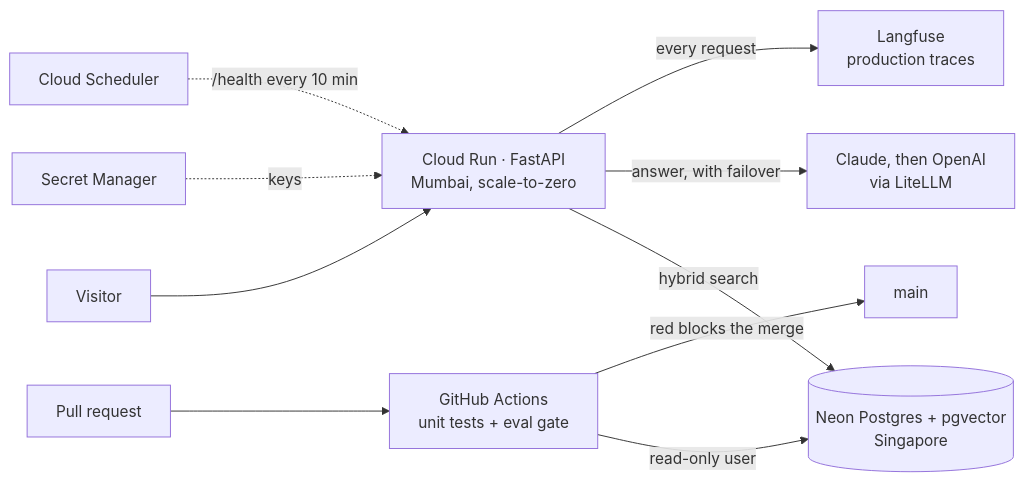
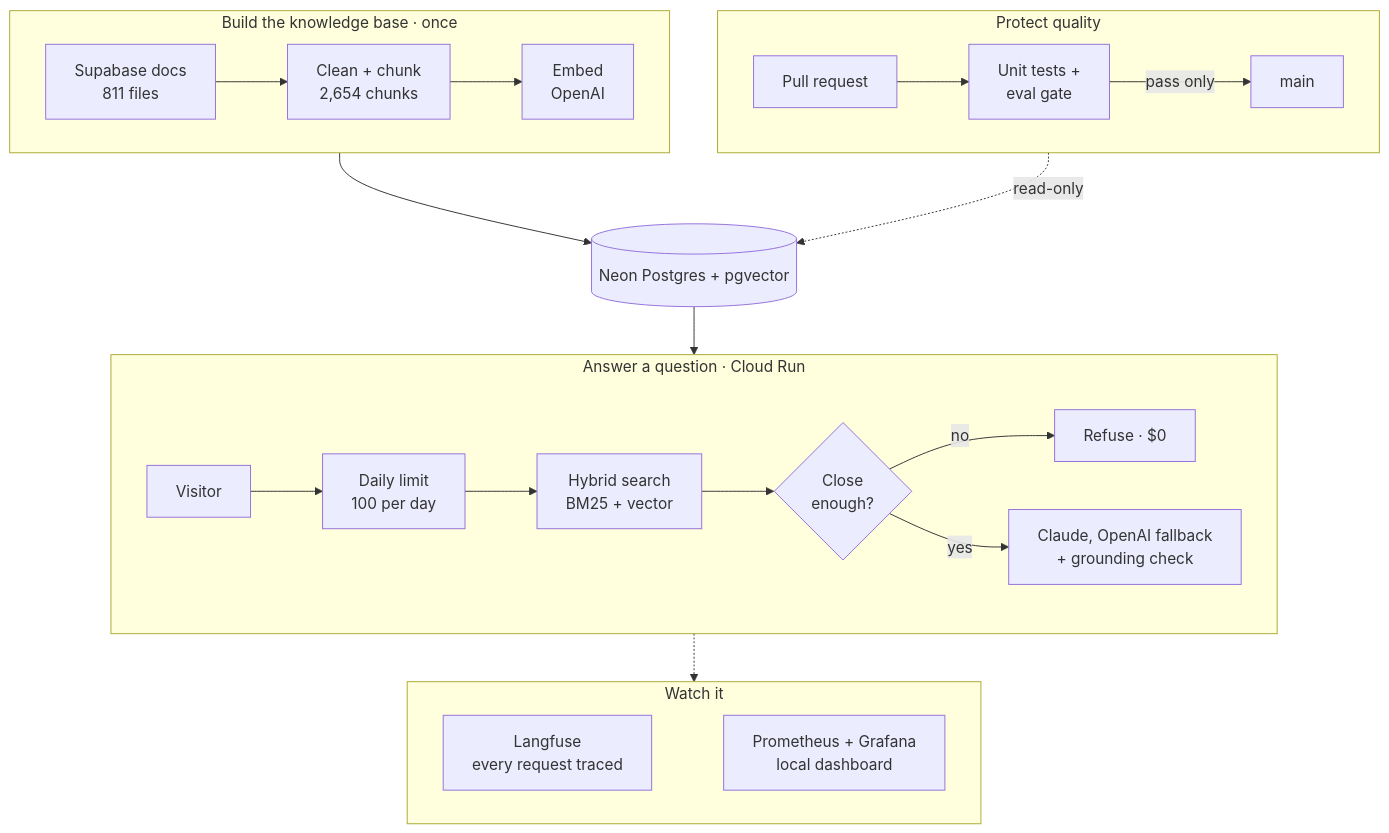
One commit to 5Malav/llm-reliability-platform changed the diagram in README.md. Above: the diagram before and after it, drawn with Mermaid. The commit also changed other lines of this file, not shown here.

Commit message:
README: whole-project diagram, drop scope note and storytelling row

`````diff
--- a/README.md
+++ b/README.md
@@ -29,12 +29,31 @@
 ```mermaid
-flowchart LR
-    U[Visitor] --> CR["Cloud Run · FastAPI<br/>Mumbai, scale-to-zero"]
-    CR -->|hybrid search| DB[("Neon Postgres + pgvector<br/>Singapore")]
-    CR -->|answer, with failover| LLM["Claude, then OpenAI<br/>via LiteLLM"]
-    CR -->|every request| LF["Langfuse<br/>production traces"]
-    SM["Secret Manager"] -. keys .-> CR
-    SCH["Cloud Scheduler"] -. "/health every 10 min" .-> CR
-    PR["Pull request"] --> GH["GitHub Actions<br/>unit tests + eval gate"]
-    GH -->|read-only user| DB
-    GH -->|red blocks the merge| MAIN["main"]
-```
+flowchart TB
+    subgraph BUILD["Build the knowledge base · once"]
+        direction LR
+        DOCS["Supabase docs<br/>811 files"] --> CHUNK["Clean + chunk<br/>2,654 chunks"] --> EMB["Embed<br/>OpenAI"]
+    end
+
+    DB[("Neon Postgres + pgvector")]
+
+    subgraph SERVE["Answer a question · Cloud Run"]
+        direction LR
+        U["Visitor"] --> LIM["Daily limit<br/>100 per day"] --> HS["Hybrid search<br/>BM25 + vector"] --> GATE{"Close<br/>enough?"}
+        GATE -->|no| REF["Refuse · $0"]
+        GATE -->|yes| LLM["Claude, OpenAI fallback<br/>+ grounding check"]
+    end
+
+    subgraph WATCH["Watch it"]
+        direction LR
+        LF["Langfuse<br/>every request traced"] ~~~ PM["Prometheus + Grafana<br/>local dashboard"]
+    end
+
+    subgraph GUARD["Protect quality"]
+        direction LR
+        PR["Pull request"] --> CI["Unit tests +<br/>eval gate"] -->|pass only| MAIN["main"]
+    end
+
+    BUILD --> DB
+    DB --> SERVE
+    SERVE -.-> WATCH
+    GUARD -.->|read-only| DB
+````
`````
